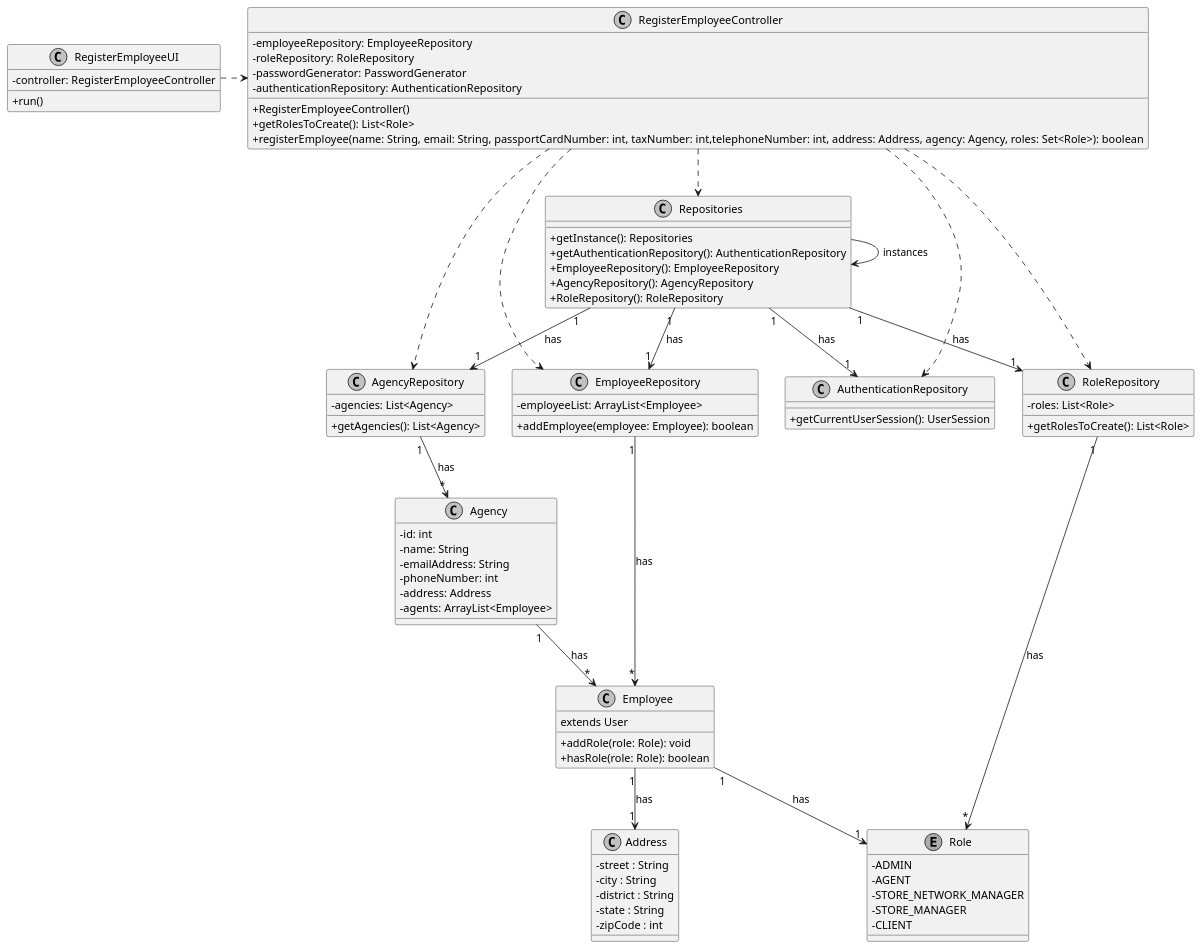
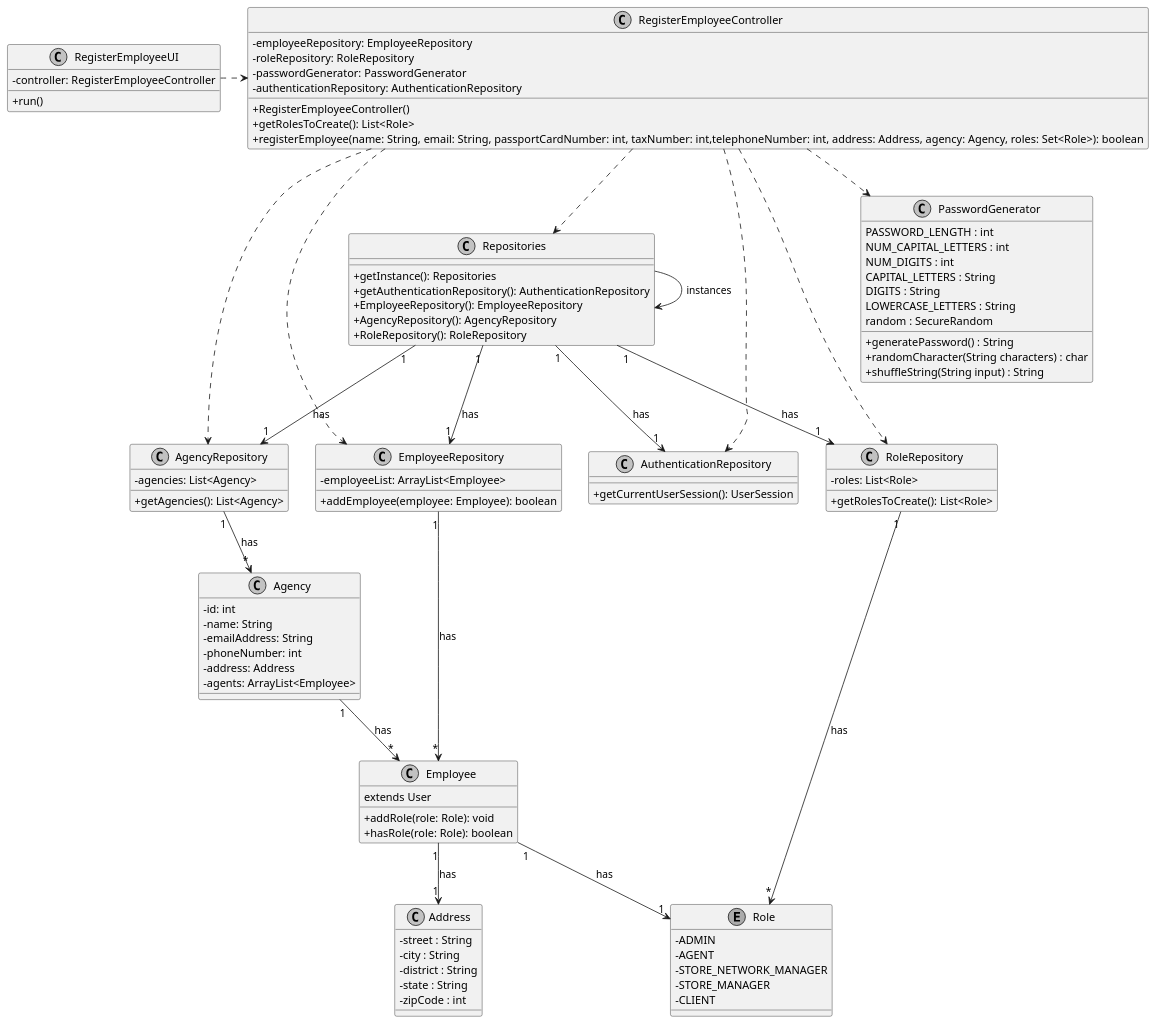
The diagram in docs/sprintB/us003/03.design/puml/us003-class-diagram.puml (Goncalves2525/real-estate-management-system), drawn with PlantUML before and after one commit. The commit also changed 6 other files, not shown here.

Commit message:
Class diagram update

```diff
--- a/docs/sprintB/us003/03.design/puml/us003-class-diagram.puml
+++ b/docs/sprintB/us003/03.design/puml/us003-class-diagram.puml
@@ -1,100 +1,115 @@
 @startuml
 skinparam monochrome true
 skinparam packageStyle rectangle
 skinparam shadowing false
 skinparam linetype polyline
 skinparam linetype orto
 skinparam classAttributeIconSize 0
 
 class Employee {
 extends User
 + addRole(role: Role): void
 + hasRole(role: Role): boolean
 }
 
 class EmployeeRepository {
 - employeeList: ArrayList<Employee>
 + addEmployee(employee: Employee): boolean
 }
 
 class AgencyRepository {
 - agencies: List<Agency>
 + getAgencies(): List<Agency>
 }
 
 class RoleRepository {
 - roles: List<Role>
 + getRolesToCreate(): List<Role>
 }
 
 class AuthenticationRepository{
 +getCurrentUserSession(): UserSession
 }
 
 class Repositories {
 +getInstance(): Repositories
 +getAuthenticationRepository(): AuthenticationRepository
 +EmployeeRepository(): EmployeeRepository
 +AgencyRepository(): AgencyRepository
 +RoleRepository(): RoleRepository
 }
 
 class RegisterEmployeeController {
   -employeeRepository: EmployeeRepository
   -roleRepository: RoleRepository
   -passwordGenerator: PasswordGenerator
   -authenticationRepository: AuthenticationRepository
   +RegisterEmployeeController()
   +getRolesToCreate(): List<Role>
   +registerEmployee(name: String, email: String, passportCardNumber: int, taxNumber: int,telephoneNumber: int, address: Address, agency: Agency, roles: Set<Role>): boolean
 }
 
+class PasswordGenerator{
+    PASSWORD_LENGTH : int
+    NUM_CAPITAL_LETTERS : int
+    NUM_DIGITS : int
+    CAPITAL_LETTERS : String
+    DIGITS : String
+    LOWERCASE_LETTERS : String
+    random : SecureRandom
+    +generatePassword() : String
+    +randomCharacter(String characters) : char
+    +shuffleString(String input) : String
+}
+
 class Address{
     - street : String
     - city : String
     - district : String
     - state : String
     - zipCode : int
 }
 
 enum Role{
     - ADMIN
     - AGENT
     - STORE_NETWORK_MANAGER
     - STORE_MANAGER
     - CLIENT
 }
 
 class Agency{
     - id: int
     - name: String
     - emailAddress: String
     - phoneNumber: int
     - address: Address
     - agents: ArrayList<Employee>
 }
 
 class RegisterEmployeeUI {
 - controller: RegisterEmployeeController
 + run()
 }
 
 Repositories -> Repositories : instances
 RegisterEmployeeUI .> RegisterEmployeeController
 RegisterEmployeeController ..> Repositories
 Repositories "1" --> "1" AuthenticationRepository : has
 Repositories "1" --> "1" EmployeeRepository : has
 Repositories "1" --> "1" AgencyRepository : has
 Repositories "1" --> "1" RoleRepository : has
 RegisterEmployeeController ..> EmployeeRepository
 RegisterEmployeeController ..> RoleRepository
 RegisterEmployeeController ..> AgencyRepository
 RegisterEmployeeController ..> AuthenticationRepository
 EmployeeRepository "1" --> "*" Employee : has
 AgencyRepository "1" --> "*" Agency : has
 RoleRepository "1" --> "*" Role : has
 Employee "1" --> "1" Address : has
 Employee "1" --> "1" Role : has
 Agency "1" --> "*" Employee : has
+RegisterEmployeeController ..> PasswordGenerator
+
 
 @enduml
```
